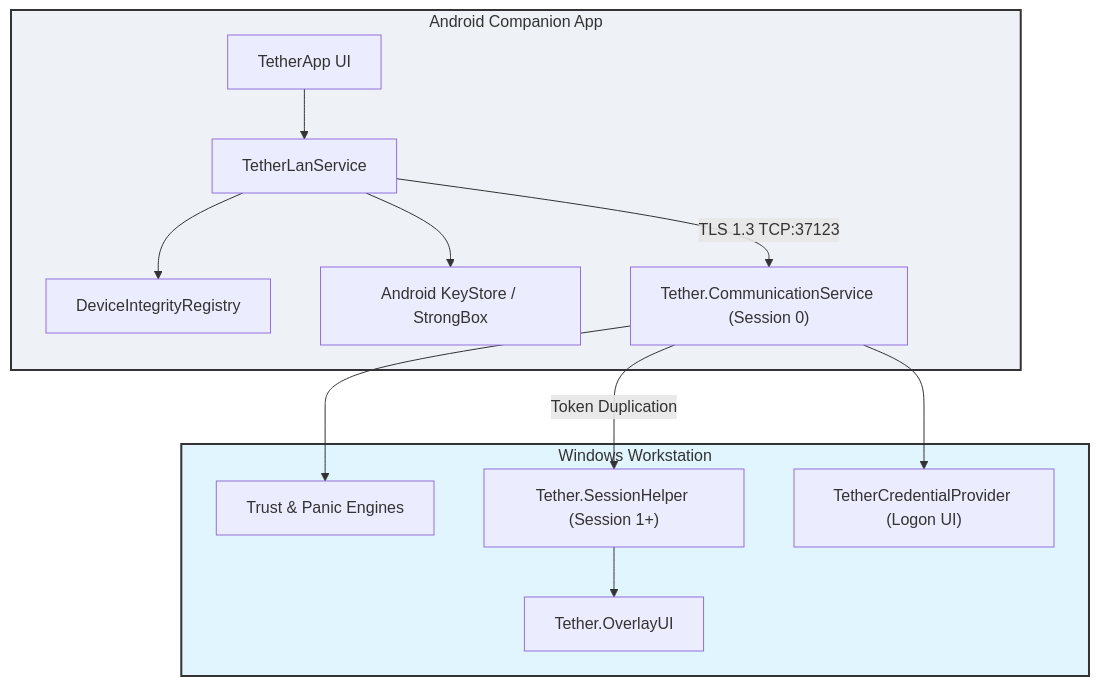
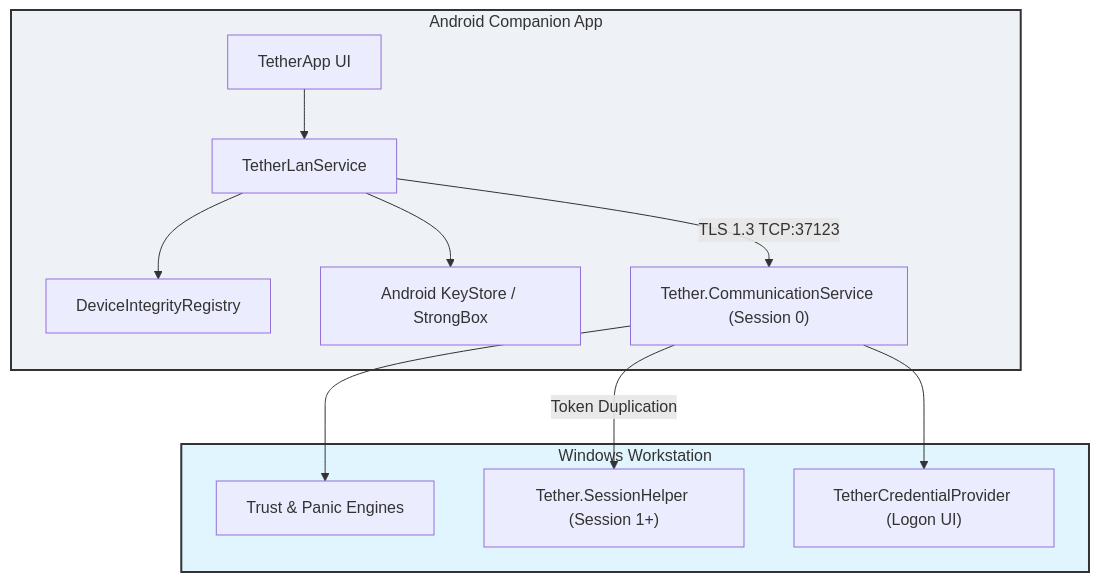
Before and after one commit to tirthsaraiya29/Tether: the diagram in README.md, drawn with Mermaid. The commit also changed other lines of this file and 7 other files, not shown here.

````diff
--- a/README.md
+++ b/README.md
@@ -105,19 +102,18 @@
 ```mermaid
 graph TD
     subgraph AndroidDevice ["Android Companion App"]
         A1["TetherApp UI"] --> A2["TetherLanService"]
         A2 --> A3["DeviceIntegrityRegistry"]
         A2 --> A4["Android KeyStore / StrongBox"]
         A2 -->|TLS 1.3 TCP:37123| B1
     end
 
     subgraph WindowsHost ["Windows Workstation"]
         B1["Tether.CommunicationService (Session 0)"] --> B2["Trust & Panic Engines"]
         B1 -->|Token Duplication| B3["Tether.SessionHelper (Session 1+)"]
-        B3 --> B4["Tether.OverlayUI"]
         B1 --> B5["TetherCredentialProvider (Logon UI)"]
     end
 
     style AndroidDevice fill:#eef2f7,stroke:#333,stroke-width:2px
     style WindowsHost fill:#e1f5fe,stroke:#333,stroke-width:2px
 ```
````
